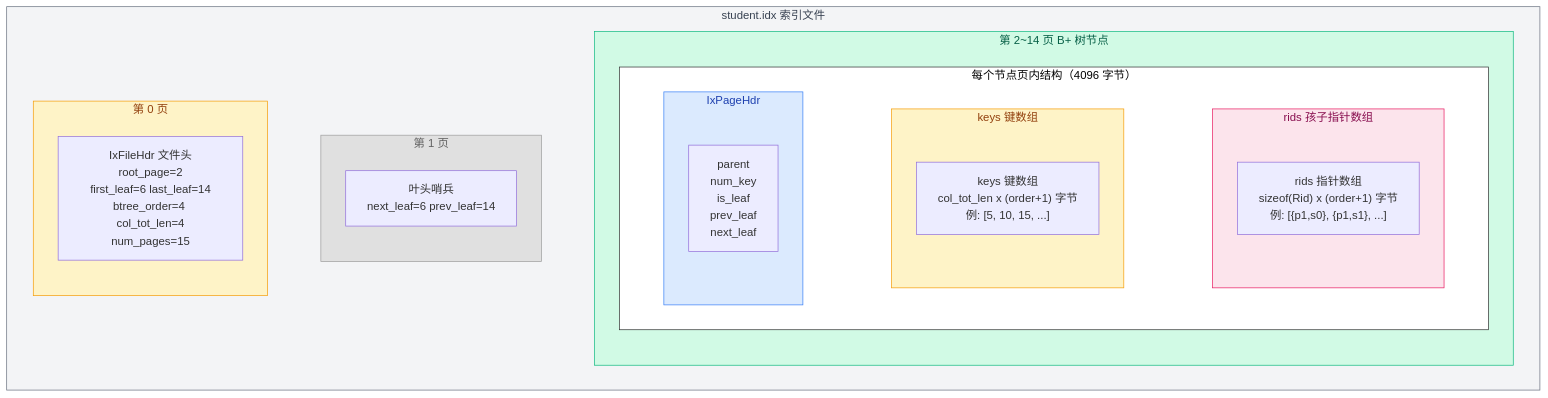
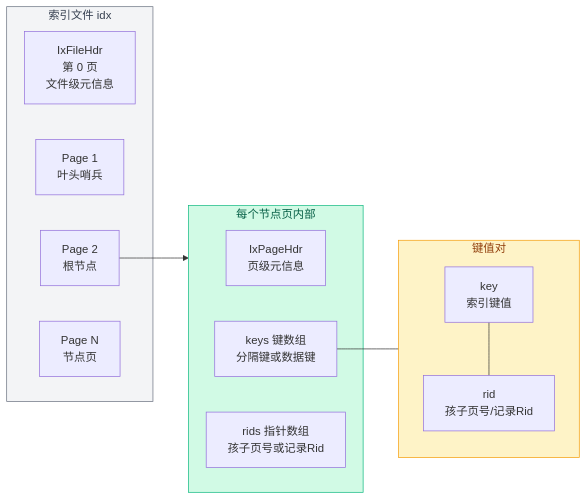
The first of 2 diagrams in my-analysis/03-index-layer/02-index-data-structures.md (Dorian7Alden/RMDB-2024-Analyze), drawn with Mermaid before and after one commit. The commit also changed other lines of this file and 1 other file, not shown here.

Commit message:
doc(index-data): 重画数据结构总览图，参照记录层风格
- 三层 subgraph 嵌套：文件 → 节点页 → 键值对
- 配色与记录层总览图一致（灰/绿/黄）
- 类比 .db 与 .idx 的对称结构
- 简化原有复杂层次图，保留逻辑拓扑图

rule(teaching): 新增每层必画数据结构总览图的规则

````diff
--- a/my-analysis/03-index-layer/02-index-data-structures.md
+++ b/my-analysis/03-index-layer/02-index-data-structures.md
@@ -24,40 +24,27 @@
 ```mermaid
-flowchart TD
-    subgraph file["student.idx 索引文件"]
+flowchart LR
+    subgraph file["索引文件 idx"]
         style file fill:#f3f4f6,stroke:#6b7280,color:#374151
+        FH["IxFileHdr<br/>第 0 页<br/>文件级元信息"]
+        P1["Page 1<br/>叶头哨兵"]
+        P2["Page 2<br/>根节点"]
+        PN["Page N<br/>节点页"]
+    end
 
-        subgraph P0["第 0 页"]
-            style P0 fill:#fef3c7,stroke:#f59e0b,color:#92400e
-            FH["IxFileHdr 文件头<br/>root_page=2<br/>first_leaf=6 last_leaf=14<br/>btree_order=4 col_tot_len=4<br/>num_pages=15"]
-        end
+    subgraph page["每个节点页内部"]
+        style page fill:#d1fae5,stroke:#10b981,color:#065f46
+        PH["IxPageHdr<br/>页级元信息"]
+        KEYS["keys 键数组<br/>分隔键或数据键"]
+        RIDS["rids 指针数组<br/>孩子页号或记录Rid"]
+    end
 
-        subgraph P1["第 1 页"]
-            style P1 fill:#e0e0e0,stroke:#9e9e9e,color:#616161
-            LH["叶头哨兵<br/>next_leaf=6 prev_leaf=14"]
-        end
+    subgraph pair["键值对"]
+        style pair fill:#fef3c7,stroke:#f59e0b,color:#92400e
+        K["key<br/>索引键值"]
+        R["rid<br/>孩子页号/记录Rid"]
+    end
 
-        subgraph pages["第 2~14 页 B+ 树节点"]
-            style pages fill:#d1fae5,stroke:#10b981,color:#065f46
-
-            subgraph node["每个节点页内结构（4096 字节）"]
-                style node fill:#fff,stroke:#333,color:#000
-                direction LR
-                subgraph seg1["IxPageHdr"]
-                    style seg1 fill:#dbeafe,stroke:#3b82f6,color:#1e40af
-                    H["parent<br/>num_key<br/>is_leaf<br/>prev_leaf<br/>next_leaf"]
-                end
-                subgraph seg2["keys 键数组"]
-                    style seg2 fill:#fef3c7,stroke:#f59e0b,color:#92400e
-                    K["keys 键数组<br/>col_tot_len x (order+1) 字节<br/>例: [5, 10, 15, ...]"]
-                end
-                subgraph seg3["rids 孩子指针数组"]
-                    style seg3 fill:#fce4ec,stroke:#e91e63,color:#880e4f
-                    R["rids 指针数组<br/>sizeof(Rid) x (order+1) 字节<br/>例: [{p1,s0}, {p1,s1}, ...]"]
-                end
-                seg1 ~~~ seg2 ~~~ seg3
-            end
-        end
-
-        P0 ~~~ P1 ~~~ pages
-    end
+    P2 --> page
+    K --- R
+    KEYS --- pair
 ```
````
